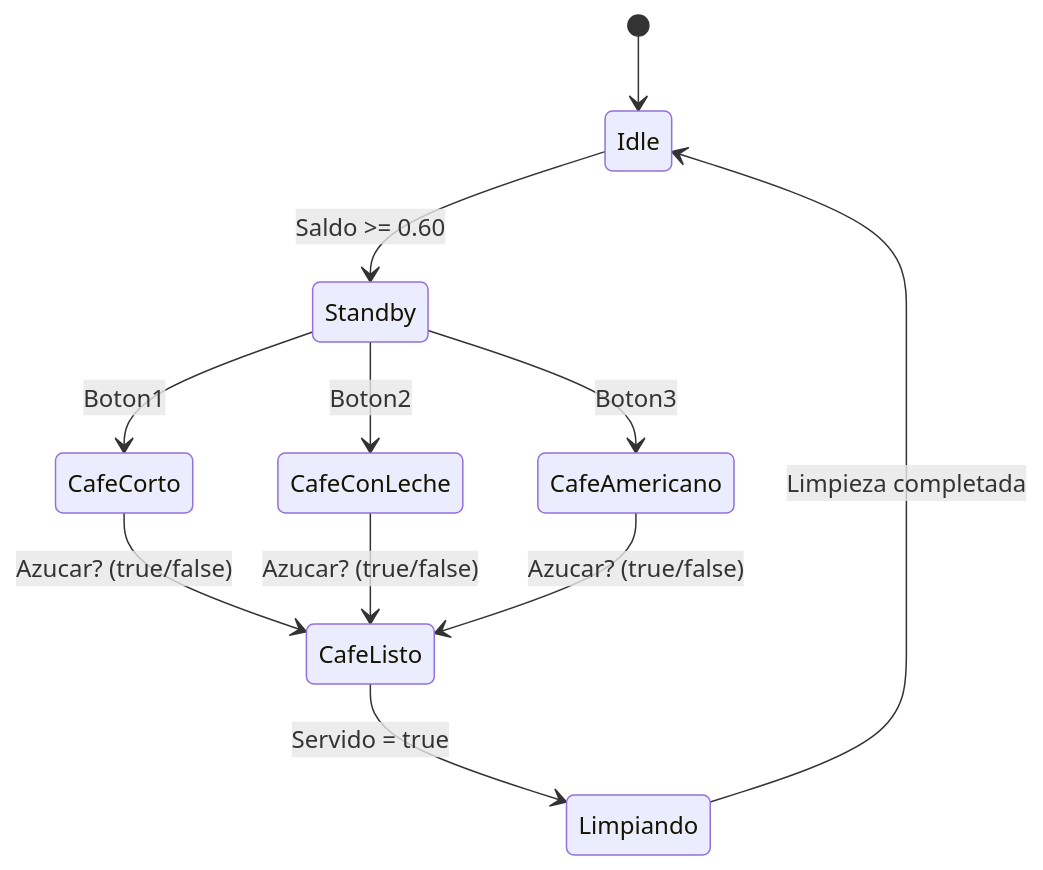
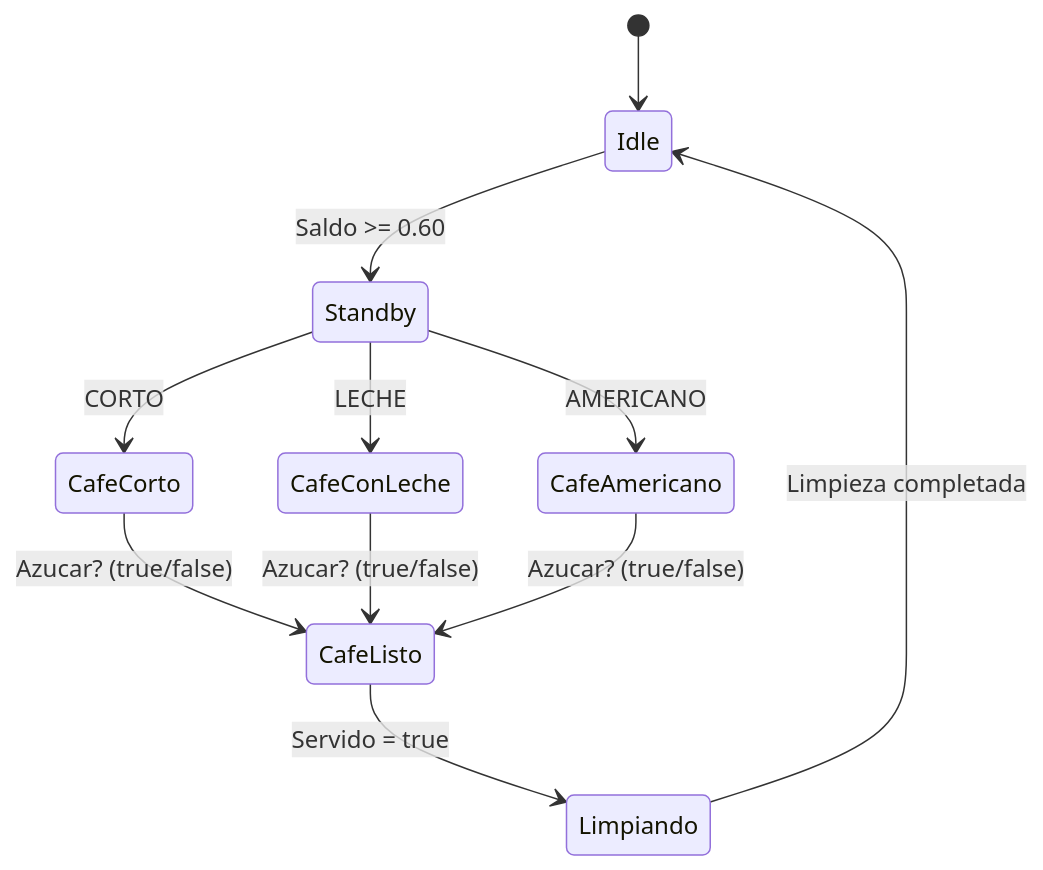
One commit to boteroferradas/Maquina_cafe changed the diagram in Readme.md. Above: the diagram before and after it, drawn with Mermaid. The commit also changed other lines of this file and 1 other file, not shown here.

````diff
--- a/Readme.md
+++ b/Readme.md
@@ -44,14 +44,14 @@
 ```mermaid
 stateDiagram-v2
     [*] --> Idle
     Idle --> Standby : Saldo >= 0.60
-    Standby --> CafeCorto : Boton1
-    Standby --> CafeConLeche : Boton2
-    Standby --> CafeAmericano : Boton3
+    Standby --> CafeCorto : CORTO
+    Standby --> CafeConLeche : LECHE
+    Standby --> CafeAmericano : AMERICANO
     CafeCorto --> CafeListo : Azucar? (true/false)
     CafeConLeche --> CafeListo : Azucar? (true/false)
     CafeAmericano --> CafeListo : Azucar? (true/false)
     CafeListo --> Limpiando : Servido = true
     Limpiando --> Idle : Limpieza completada
 
 ```
````
